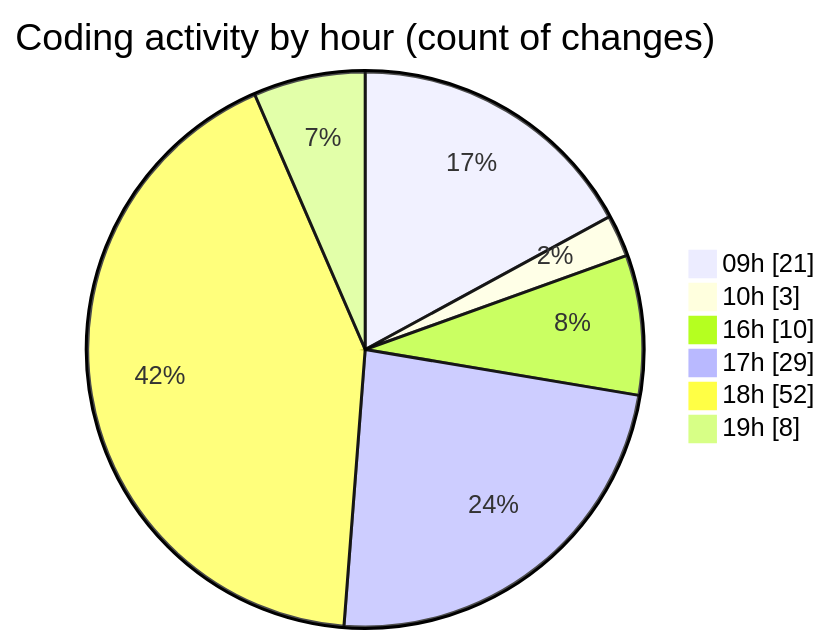
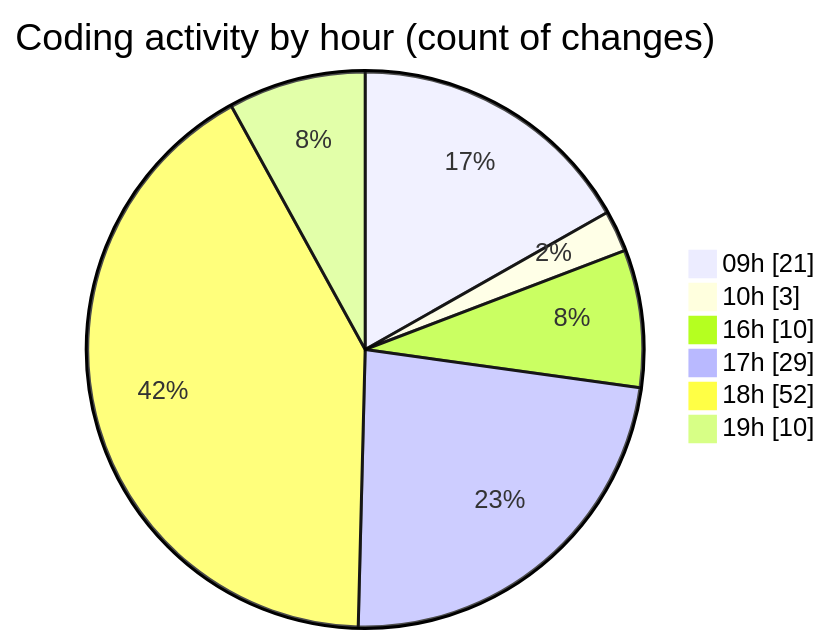
The second of 2 diagrams in 2025-12-17/cda/README.md (momahboobian/code-tracking), drawn with Mermaid before and after one commit. The commit also changed other lines of this file and 1 other file, not shown here.

````diff
--- a/2025-12-17/cda/README.md
+++ b/2025-12-17/cda/README.md
@@ -65,10 +66,10 @@
 ```mermaid
 pie showData
 title Coding activity by hour (count of changes)
 "09h" : 21
 "10h" : 3
 "16h" : 10
 "17h" : 29
 "18h" : 52
-"19h" : 8
+"19h" : 10
 ```
````
